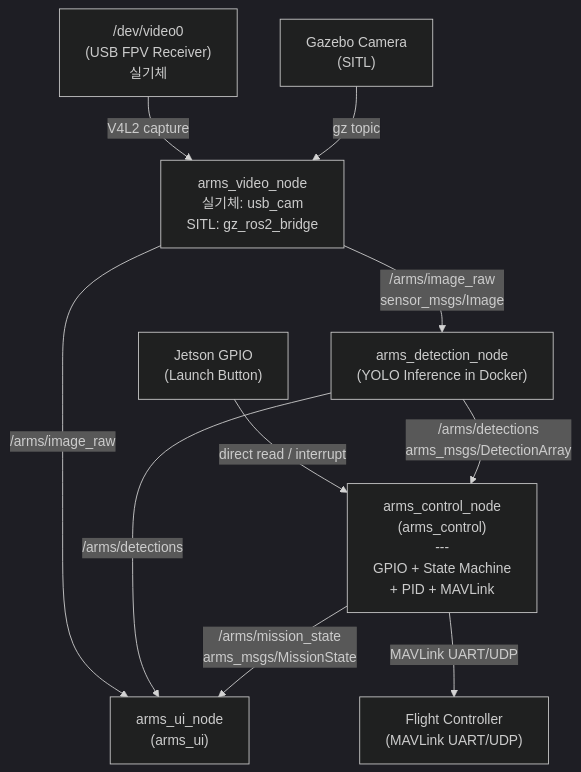
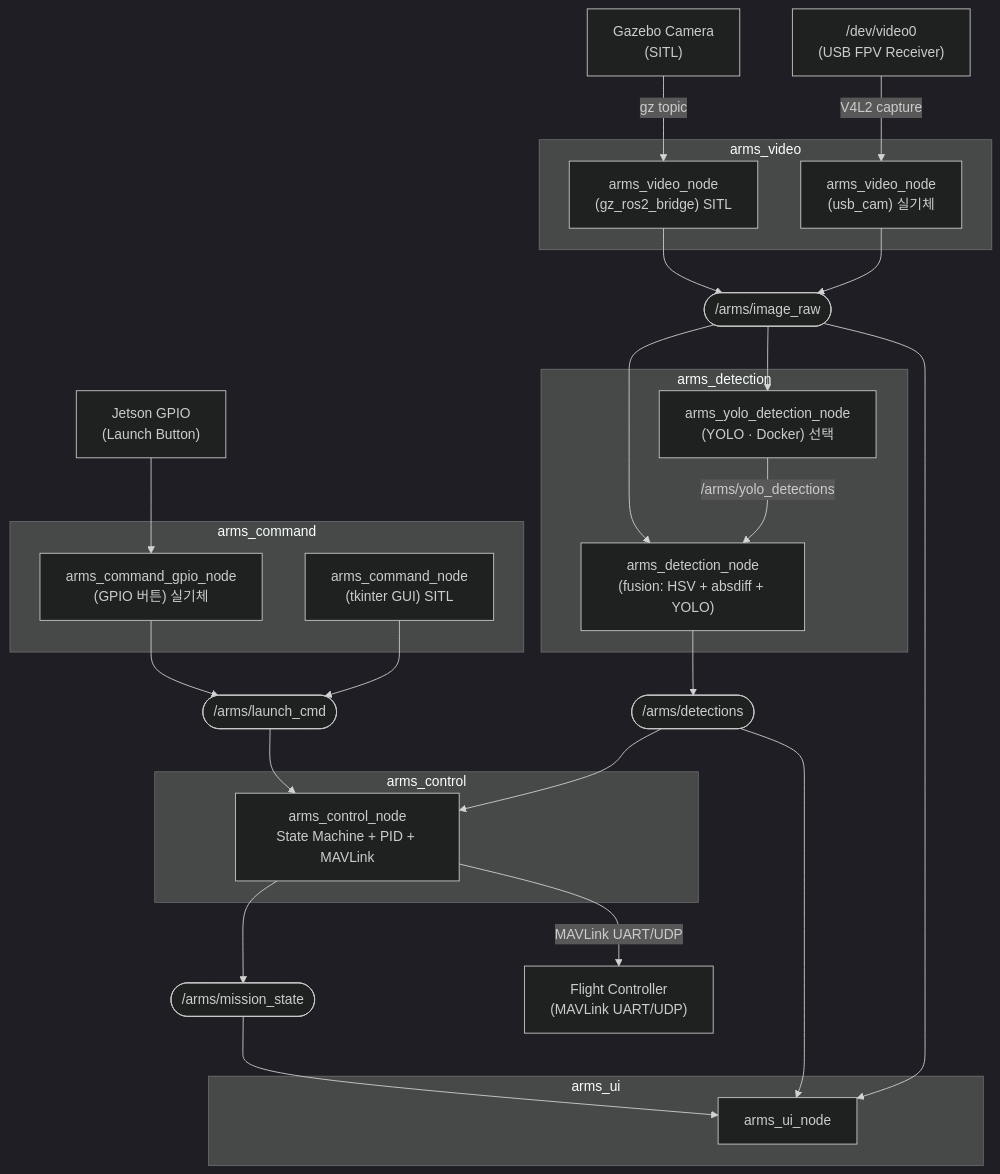
The first of 3 diagrams in SW/docs/DESIGN.md (tokhun2002/A.R.M.S.-Anti-drone-Reusable-Modular-System-), drawn with Mermaid (dark theme) before and after one commit. The commit also changed other lines of this file and 24 other files, not shown here.

Commit message:
refac: command, detection

````diff
--- a/SW/docs/DESIGN.md
+++ b/SW/docs/DESIGN.md
@@ -58,22 +59,56 @@
 ```mermaid
 graph TD
-    V4L2["/dev/video0<br/>(USB FPV Receiver)<br/>실기체"]
+    V4L2["/dev/video0<br/>(USB FPV Receiver)"]
     GAZEBO["Gazebo Camera<br/>(SITL)"]
     GPIO["Jetson GPIO<br/>(Launch Button)"]
 
-    VN["arms_video_node<br/>실기체: usb_cam<br/>SITL: gz_ros2_bridge"]
-    DN["arms_detection_node<br/>(YOLO Inference in Docker)"]
-    CN["arms_control_node<br/>(arms_control)<br/>---<br/>GPIO + State Machine<br/>+ PID + MAVLink"]
-    UN["arms_ui_node<br/>(arms_ui)"]
+    subgraph arms_video ["arms_video"]
+        VN_REAL["arms_video_node<br/>(usb_cam) 실기체"]
+        VN_SITL["arms_video_node<br/>(gz_ros2_bridge) SITL"]
+    end
+
+    IMAGE(["/arms/image_raw"])
+
+    subgraph arms_detection ["arms_detection"]
+        DN_YOLO["arms_yolo_detection_node<br/>(YOLO · Docker) 선택"]
+        DN_FUSION["arms_detection_node<br/>(fusion: HSV + absdiff + YOLO)"]
+        DN_YOLO -->|/arms/yolo_detections| DN_FUSION
+    end
+
+    subgraph arms_command ["arms_command"]
+        CMD_GUI["arms_command_node<br/>(tkinter GUI) SITL"]
+        CMD_GPIO["arms_command_gpio_node<br/>(GPIO 버튼) 실기체"]
+    end
+
+    DETECTIONS(["/arms/detections"])
+    LAUNCH_CMD(["/arms/launch_cmd"])
+    MISSION_STATE(["/arms/mission_state"])
+
+    subgraph arms_control ["arms_control"]
+        CN["arms_control_node<br/>State Machine + PID + MAVLink"]
+    end
+
+    subgraph arms_ui ["arms_ui"]
+        UN["arms_ui_node"]
+    end
+
     FC["Flight Controller<br/>(MAVLink UART/UDP)"]
 
-    V4L2 -->|V4L2 capture| VN
-    GAZEBO -->|gz topic| VN
-    GPIO -->|direct read / interrupt| CN
-    VN -->|/arms/image_raw<br/>sensor_msgs/Image| DN
-    VN -->|/arms/image_raw| UN
-    DN -->|/arms/detections<br/>arms_msgs/DetectionArray| CN
-    DN -->|/arms/detections| UN
-    CN -->|/arms/mission_state<br/>arms_msgs/MissionState| UN
+    V4L2 -->|V4L2 capture| VN_REAL
+    GAZEBO -->|gz topic| VN_SITL
+    GPIO --> CMD_GPIO
+    VN_REAL --> IMAGE
+    VN_SITL --> IMAGE
+    IMAGE --> DN_YOLO
+    IMAGE --> DN_FUSION
+    IMAGE --> UN
+    DN_FUSION --> DETECTIONS
+    DETECTIONS --> CN
+    DETECTIONS --> UN
+    CMD_GUI --> LAUNCH_CMD
+    CMD_GPIO --> LAUNCH_CMD
+    LAUNCH_CMD --> CN
+    CN --> MISSION_STATE
+    MISSION_STATE --> UN
     CN -->|MAVLink UART/UDP| FC
 ```
````
